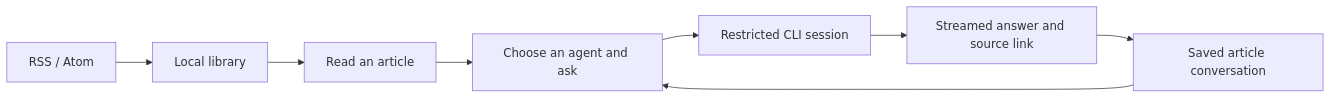
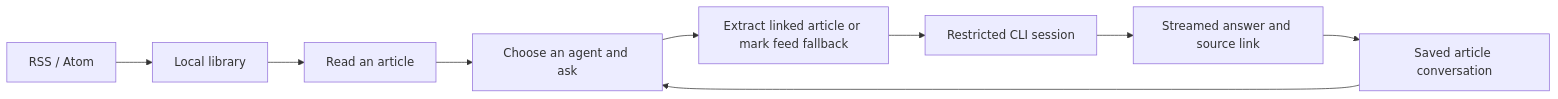
Before and after one commit to YunosukeYoshino/reedar: the diagram in docs/design-notes.md, drawn with Mermaid. The commit also changed other lines of this file and 5 other files, not shown here.

````diff
--- a/docs/design-notes.md
+++ b/docs/design-notes.md
@@ -33,10 +33,11 @@
 ```mermaid
 flowchart LR
   F[RSS / Atom] --> L[Local library]
   L --> R[Read an article]
   R --> Q[Choose an agent and ask]
-  Q --> C[Restricted CLI session]
+  Q --> E[Extract linked article or mark feed fallback]
+  E --> C[Restricted CLI session]
   C --> A[Streamed answer and source link]
   A --> H[Saved article conversation]
   H --> Q
 ```
````
